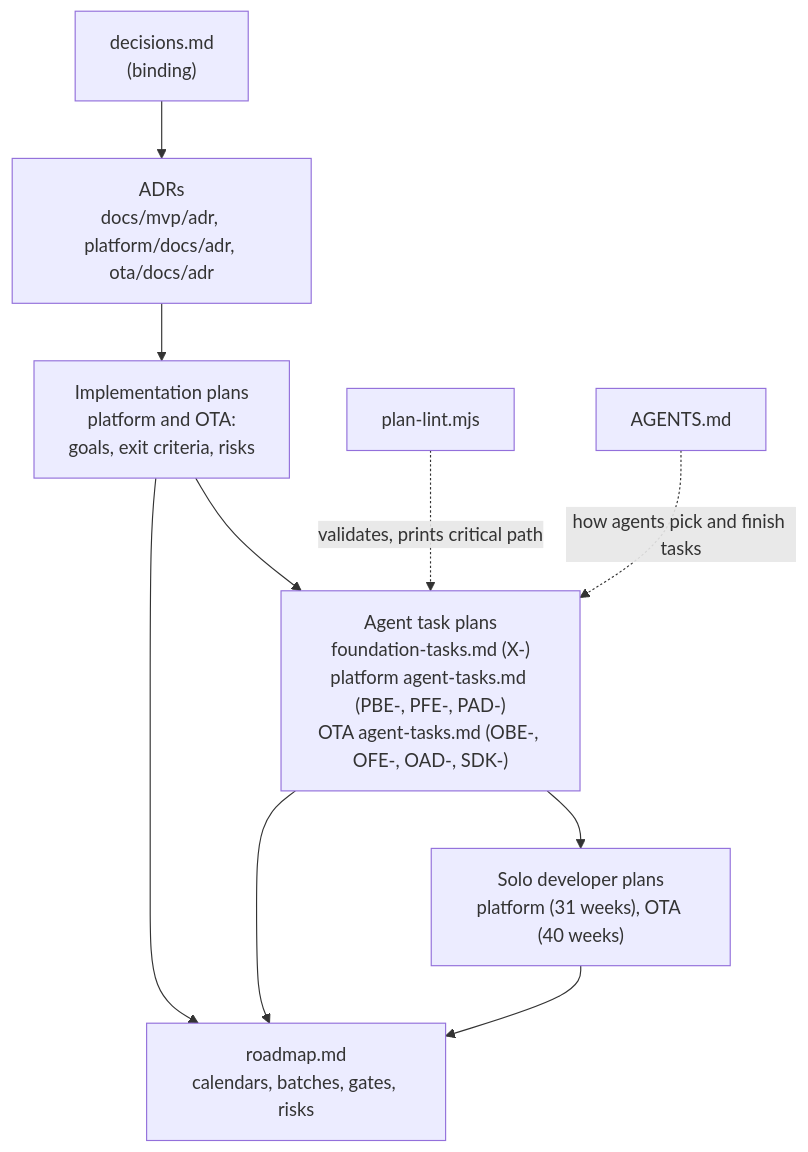
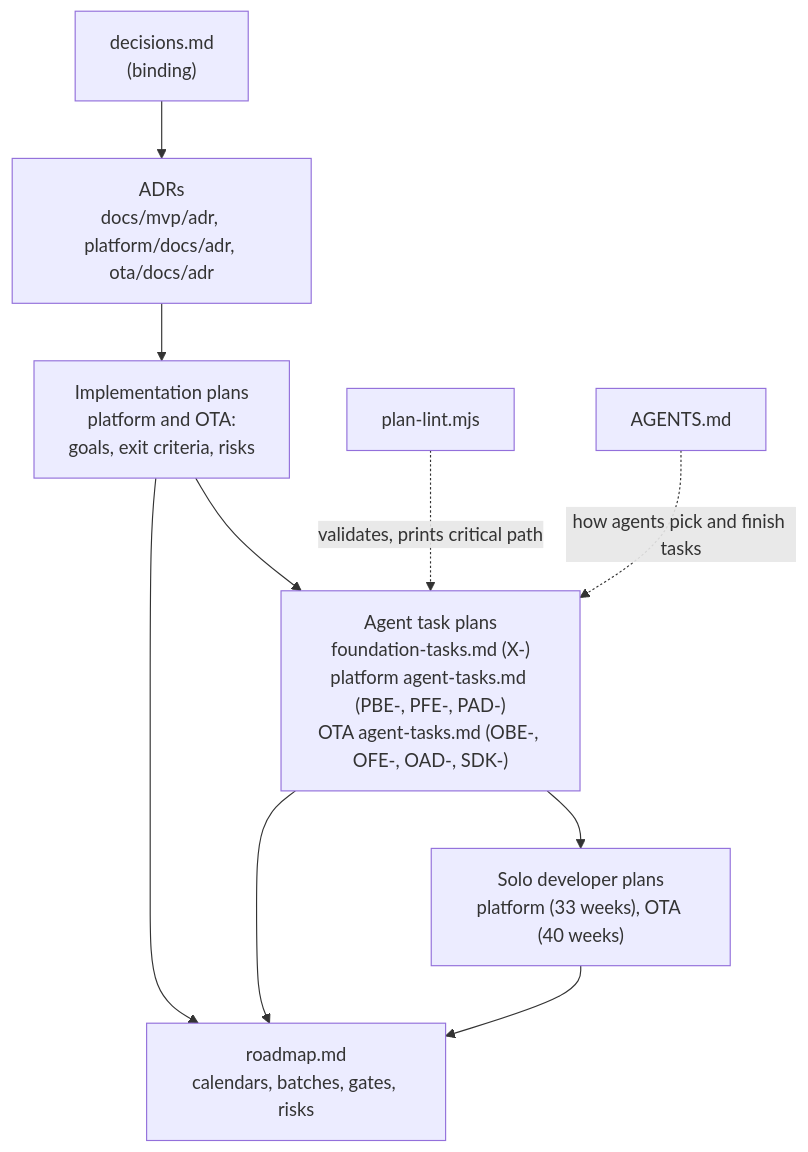
One commit to bhagwati-prasad/velexis-ota changed the diagram in docs/mvp/plans/README.md. Above: the diagram before and after it, drawn with Mermaid. The commit also changed other lines of this file and 25 other files, not shown here.

````diff
--- a/docs/mvp/plans/README.md
+++ b/docs/mvp/plans/README.md
@@ -22,12 +22,12 @@
 ```mermaid
 flowchart TD
   D["decisions.md<br/>(binding)"] --> A["ADRs<br/>docs/mvp/adr, platform/docs/adr, ota/docs/adr"]
   A --> IP["Implementation plans<br/>platform and OTA:<br/>goals, exit criteria, risks"]
   IP --> AT["Agent task plans<br/>foundation-tasks.md (X-)<br/>platform agent-tasks.md (PBE-, PFE-, PAD-)<br/>OTA agent-tasks.md (OBE-, OFE-, OAD-, SDK-)"]
-  AT --> SP["Solo developer plans<br/>platform (31 weeks), OTA (40 weeks)"]
+  AT --> SP["Solo developer plans<br/>platform (33 weeks), OTA (40 weeks)"]
   AT --> R["roadmap.md<br/>calendars, batches, gates, risks"]
   IP --> R
   SP --> R
   L["plan-lint.mjs"] -. validates, prints critical path .-> AT
   AG["AGENTS.md"] -. how agents pick and finish tasks .-> AT
 ```
````
